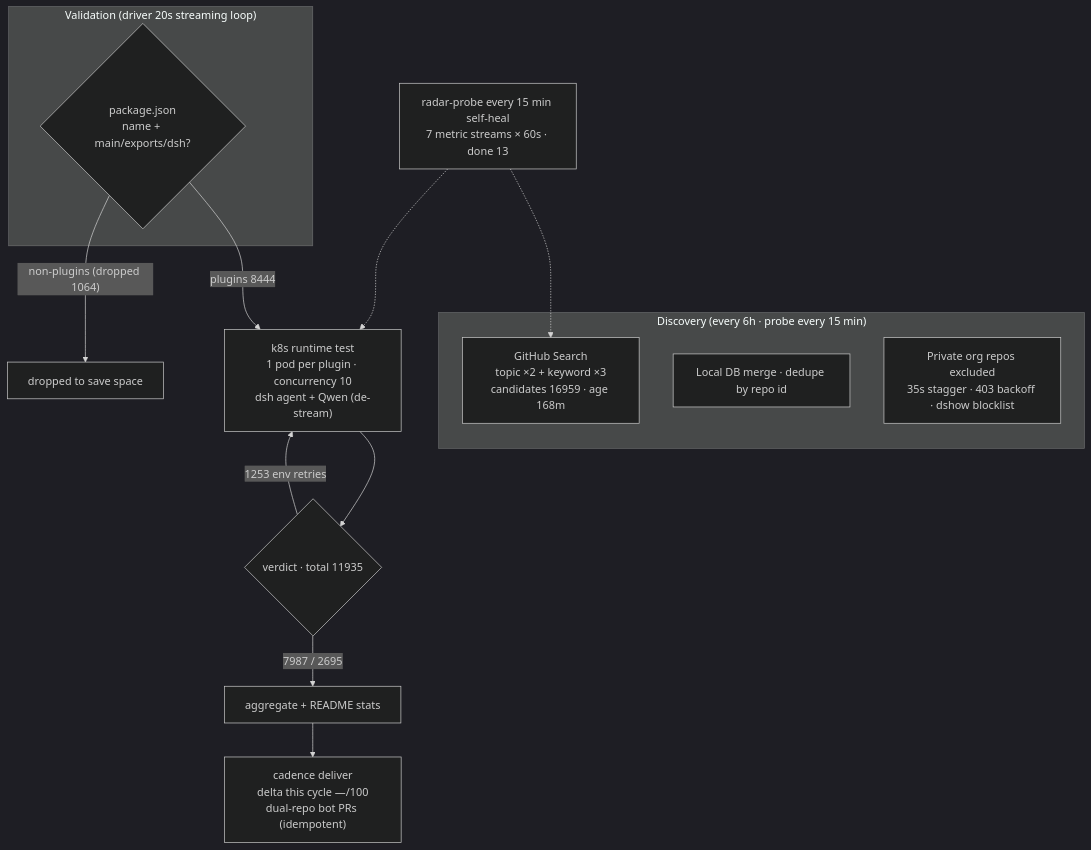
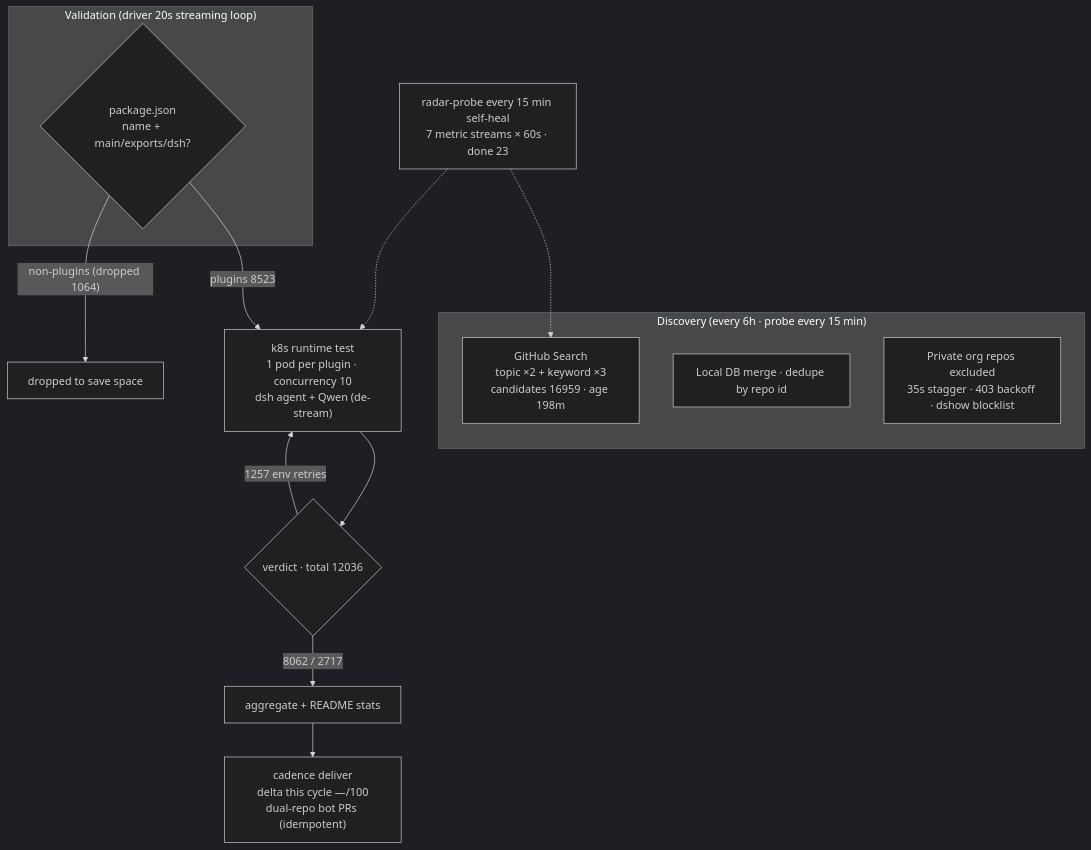
The diagram in README.en-US.md (AdamPlatin123/awesome-dsh-plugins), drawn with Mermaid (dark theme) before and after one commit. The commit also changed other lines of this file and 5 other files, not shown here.

````diff
--- a/README.en-US.md
+++ b/README.en-US.md
@@ -45,20 +45,20 @@
 ```mermaid
 flowchart TB
     subgraph Discovery["Discovery (every 6h · probe every 15 min)"]
-        A1["GitHub Search<br/>topic ×2 + keyword ×3<br/>candidates 16959 · age 168m"]
+        A1["GitHub Search<br/>topic ×2 + keyword ×3<br/>candidates 16959 · age 198m"]
         A2["Local DB merge · dedupe by repo id"]
         A3["Private org repos excluded<br/>35s stagger · 403 backoff · dshow blocklist"]
     end
     subgraph Validation["Validation (driver 20s streaming loop)"]
         B1{"package.json<br/>name + main/exports/dsh?"}
     end
-    B1 -->|"plugins 8444"| C1["k8s runtime test<br/>1 pod per plugin · concurrency 10<br/>dsh agent + Qwen (de-stream)"]
+    B1 -->|"plugins 8523"| C1["k8s runtime test<br/>1 pod per plugin · concurrency 10<br/>dsh agent + Qwen (de-stream)"]
     B1 -->|"non-plugins (dropped 1064)"| B3["dropped to save space"]
-    C1 --> D1{"verdict · total 11935"}
-    D1 -->|"7987 / 2695"| E1["aggregate + README stats"]
-    D1 -->|"1253 env retries"| C1
+    C1 --> D1{"verdict · total 12036"}
+    D1 -->|"8062 / 2717"| E1["aggregate + README stats"]
+    D1 -->|"1257 env retries"| C1
     E1 --> E2["cadence deliver<br/>delta this cycle —/100<br/>dual-repo bot PRs (idempotent)"]
-    M["radar-probe every 15 min self-heal<br/>7 metric streams × 60s · done 13"]
+    M["radar-probe every 15 min self-heal<br/>7 metric streams × 60s · done 23"]
     M -.-> A1
     M -.-> C1
 ```
````
